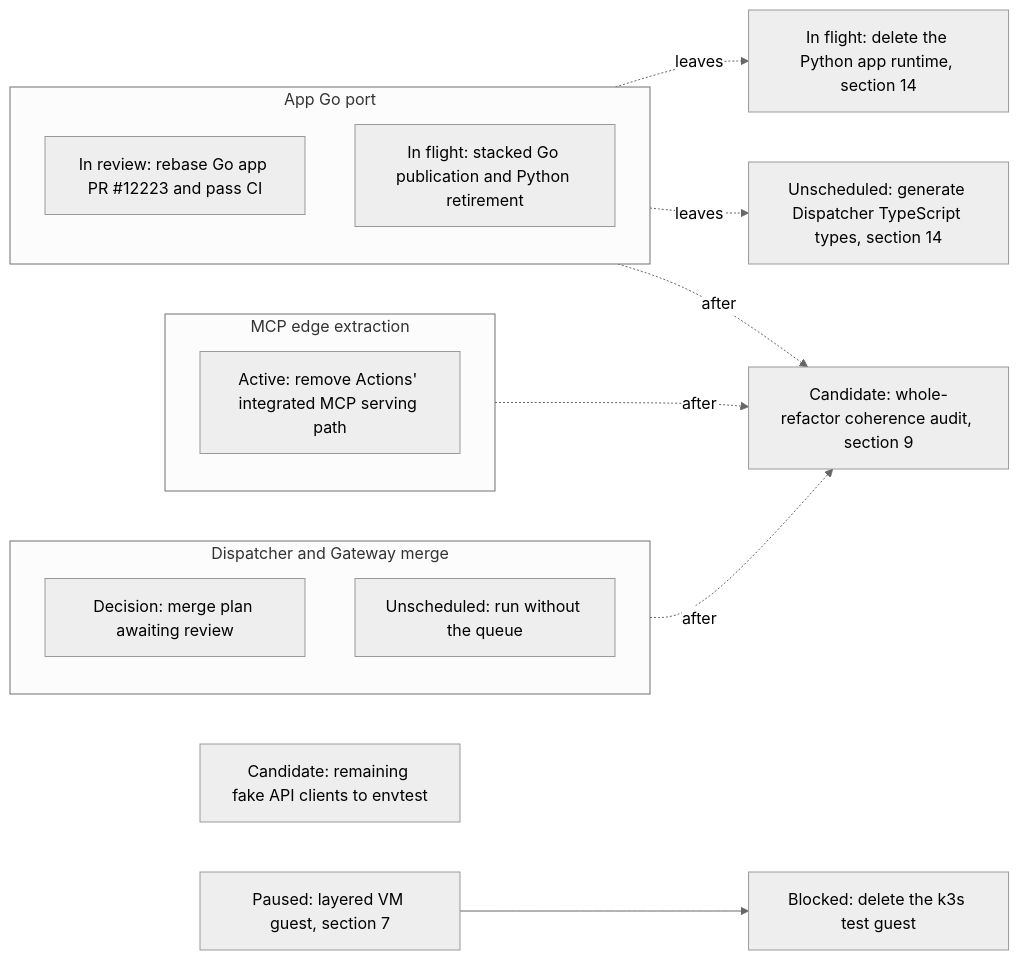
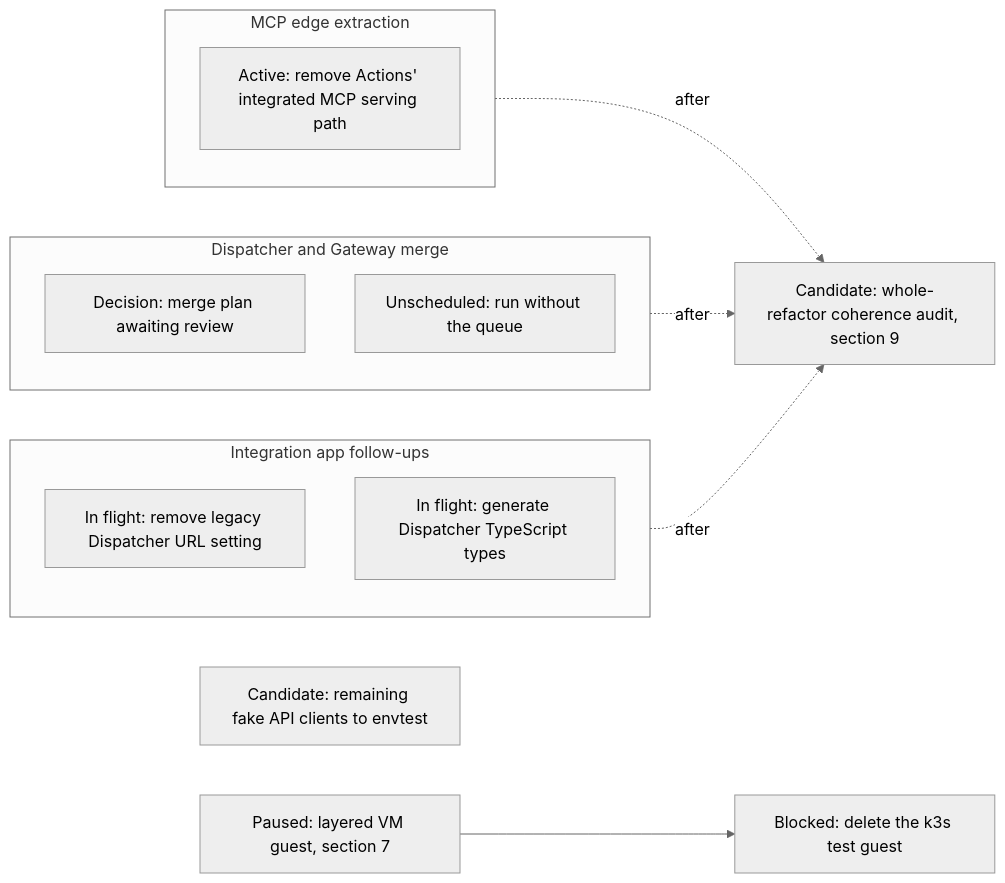
The first of 18 diagrams in agentplane/plans/task_dag.md (agentydragon-agent/ducktape), drawn with Mermaid (neutral theme) before and after one commit. The commit also changed other lines of this file and 3 other files, not shown here.

Commit message:
docs(agentplane): retire completed app cutover DAG nodes

````diff
--- a/agentplane/plans/task_dag.md
+++ b/agentplane/plans/task_dag.md
@@ -32,21 +25,19 @@
 ```mermaid
 flowchart LR
     subgraph ACTION_TRACK[MCP edge extraction]
         ACTION_MCP_EDGE_SPLIT[Active: remove Actions' integrated MCP serving path]
     end
     subgraph DISPATCH_TRACK[Dispatcher and Gateway merge]
         DISPATCHER_PERSISTENCE_MODEL_DESIGN[Decision: merge plan awaiting review]
         DISPATCHER_QUEUE_OPTIONAL[Unscheduled: run without the queue]
     end
-    subgraph APP_GO_TRACK[App Go port]
-        APP_GO_PORT_CATCHUP[In review: rebase Go app PR #12223 and pass CI]
-        APP_GO_CUTOVER[In flight: stacked Go publication and Python retirement]
+    subgraph APP_FOLLOW_UPS[Integration app follow-ups]
+        APP_DISPATCHER_HTTP_SETTING_CLEANUP[In flight: remove legacy Dispatcher URL setting]
+        APP_DISPATCHER_TS_TYPES[In flight: generate Dispatcher TypeScript types]
     end
-    APP_GO_TRACK -. leaves .-> APP_PYTHON_RETIRE[In flight: delete the Python app runtime, section 14]
-    APP_GO_TRACK -. leaves .-> APP_DISPATCHER_TS_TYPES[Unscheduled: generate Dispatcher TypeScript types, section 14]
     FAKE_CLIENTS_TO_ENVTEST[Candidate: remaining fake API clients to envtest]
     RUNNER_LAYERING_VM[Paused: layered VM guest, section 7] --> K3S_TEST_GUEST_RETIRE[Blocked: delete the k3s test guest]
     ACTION_TRACK -. after .-> REFACTOR_COHERENCE_AUDIT[Candidate: whole-refactor coherence audit, section 9]
     DISPATCH_TRACK -. after .-> REFACTOR_COHERENCE_AUDIT
-    APP_GO_TRACK -. after .-> REFACTOR_COHERENCE_AUDIT
+    APP_FOLLOW_UPS -. after .-> REFACTOR_COHERENCE_AUDIT
 ```
````
